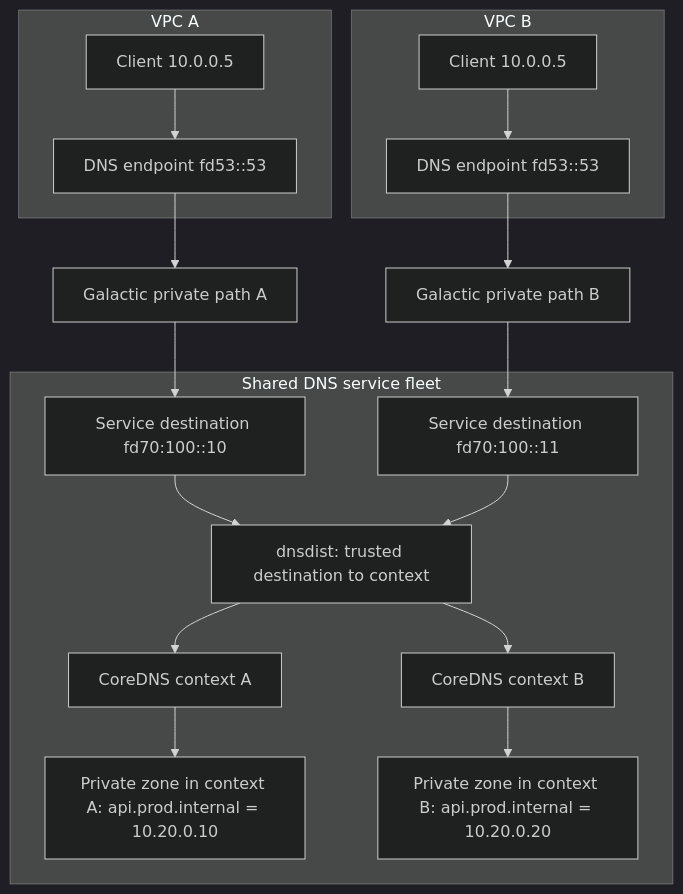
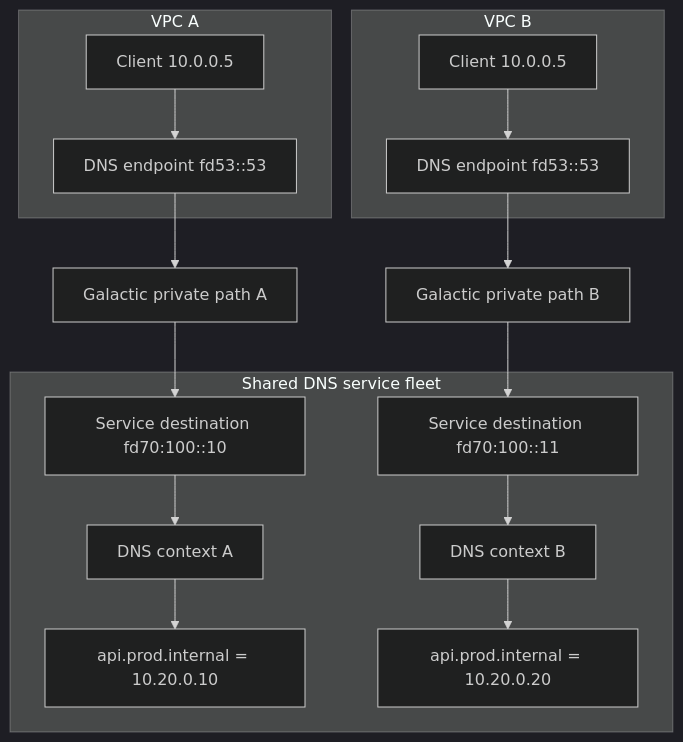
The third of 5 diagrams in docs/architecture/internal-dns/README.md (datum-cloud/dns-operator), drawn with Mermaid (dark theme) before and after one commit. The commit also changed other lines of this file and 4 other files, not shown here.

Commit message:
docs: Explain Private DNS resolution and record updates

````diff
--- a/docs/architecture/internal-dns/README.md
+++ b/docs/architecture/internal-dns/README.md
@@ -151,21 +186,21 @@
 ```mermaid
 flowchart TB
+  accTitle: Destination-based DNS context isolation
+  accDescr: Clients in VPC A and VPC B use the same client and resolver addresses. Galactic translates each authorized path to a different service destination. The shared DNS fleet maps those destinations to separate contexts, which return different answers for the same private name.
   subgraph A[VPC A]
     ClientA[Client 10.0.0.5] --> FrontA[DNS endpoint fd53::53]
   end
   subgraph B[VPC B]
     ClientB[Client 10.0.0.5] --> FrontB[DNS endpoint fd53::53]
   end
   FrontA --> PathA[Galactic private path A]
   FrontB --> PathB[Galactic private path B]
   PathA --> DestA[Service destination fd70:100::10]
   PathB --> DestB[Service destination fd70:100::11]
   subgraph Shared[Shared DNS service fleet]
-    DestA --> Dist[dnsdist: trusted destination to context]
-    DestB --> Dist
-    Dist --> ViewA[CoreDNS context A]
-    Dist --> ViewB[CoreDNS context B]
-    ViewA --> ZoneA[Private zone in context A: api.prod.internal = 10.20.0.10]
-    ViewB --> ZoneB[Private zone in context B: api.prod.internal = 10.20.0.20]
+    DestA --> ContextA[DNS context A]
+    DestB --> ContextB[DNS context B]
+    ContextA --> ZoneA["api.prod.internal = 10.20.0.10"]
+    ContextB --> ZoneB["api.prod.internal = 10.20.0.20"]
   end
 ```
````
